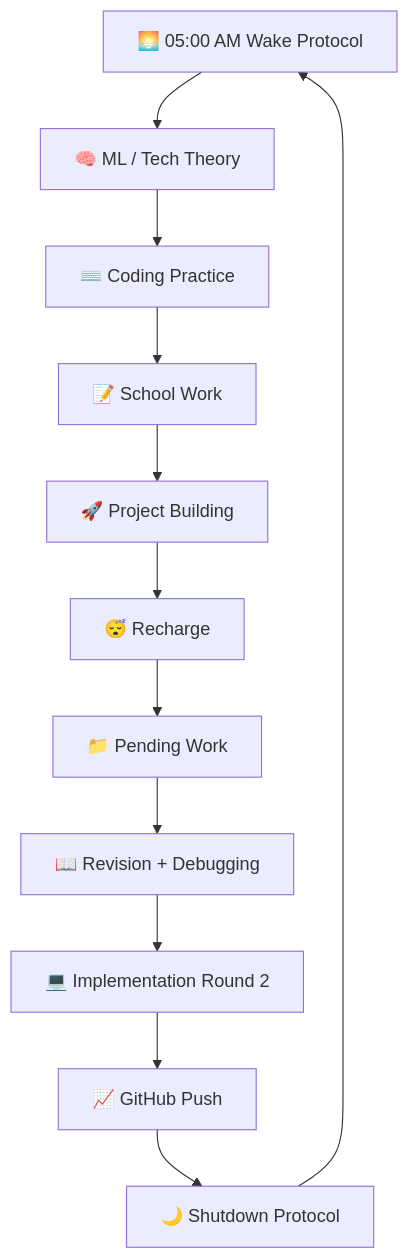
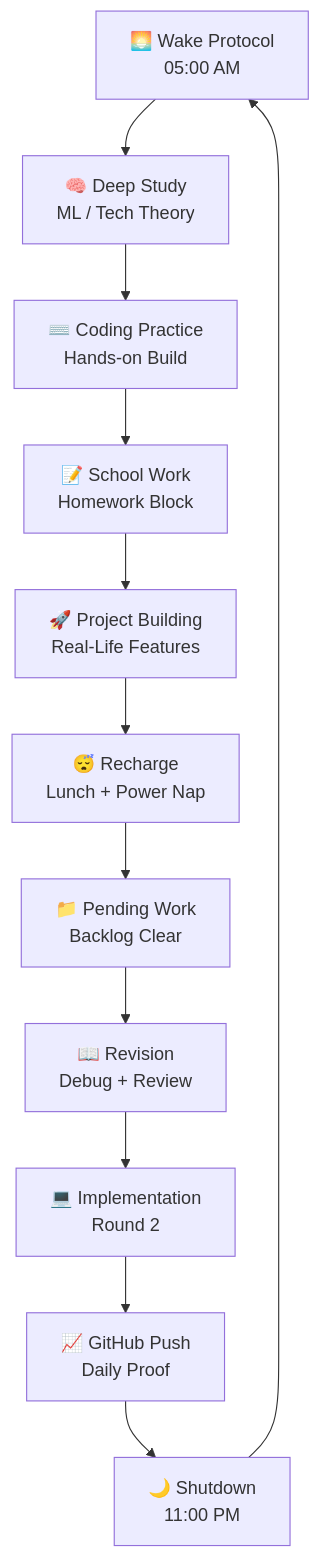
One commit to Boosterboy12/Monk-Mode-14 changed the diagram in README.md. Above: the diagram before and after it, drawn with Mermaid. The commit also changed other lines of this file, not shown here.

````diff
--- a/README.md
+++ b/README.md
@@ -260,14 +314,14 @@
 ```mermaid
 flowchart TD
-    A["🌅 05:00 AM Wake Protocol"] --> B["🧠 ML / Tech Theory"]
-    B --> C["⌨️ Coding Practice"]
-    C --> D["📝 School Work"]
-    D --> E["🚀 Project Building"]
-    E --> F["😴 Recharge"]
-    F --> G["📁 Pending Work"]
-    G --> H["📖 Revision + Debugging"]
-    H --> I["💻 Implementation Round 2"]
-    I --> J["📈 GitHub Push"]
-    J --> K["🌙 Shutdown Protocol"]
+    A["🌅 Wake Protocol<br/>05:00 AM"] --> B["🧠 Deep Study<br/>ML / Tech Theory"]
+    B --> C["⌨️ Coding Practice<br/>Hands-on Build"]
+    C --> D["📝 School Work<br/>Homework Block"]
+    D --> E["🚀 Project Building<br/>Real-Life Features"]
+    E --> F["😴 Recharge<br/>Lunch + Power Nap"]
+    F --> G["📁 Pending Work<br/>Backlog Clear"]
+    G --> H["📖 Revision<br/>Debug + Review"]
+    H --> I["💻 Implementation<br/>Round 2"]
+    I --> J["📈 GitHub Push<br/>Daily Proof"]
+    J --> K["🌙 Shutdown<br/>11:00 PM"]
     K --> A
 ```
````
